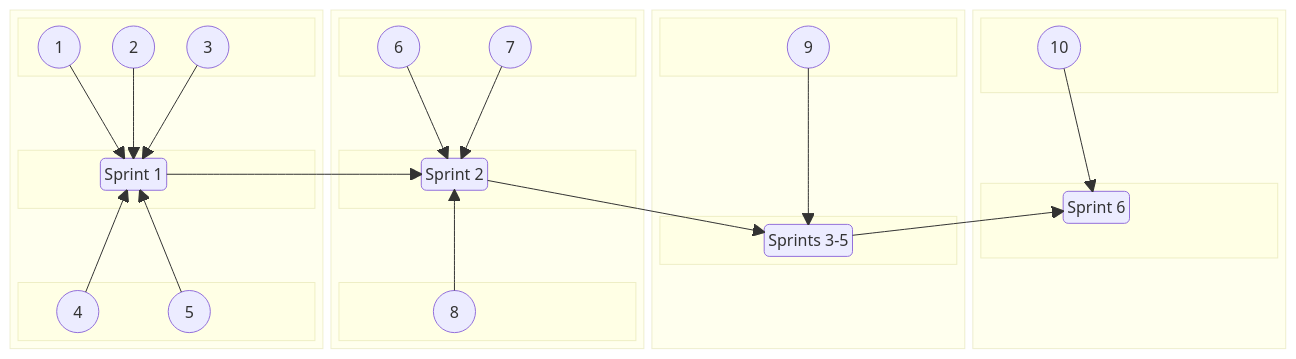
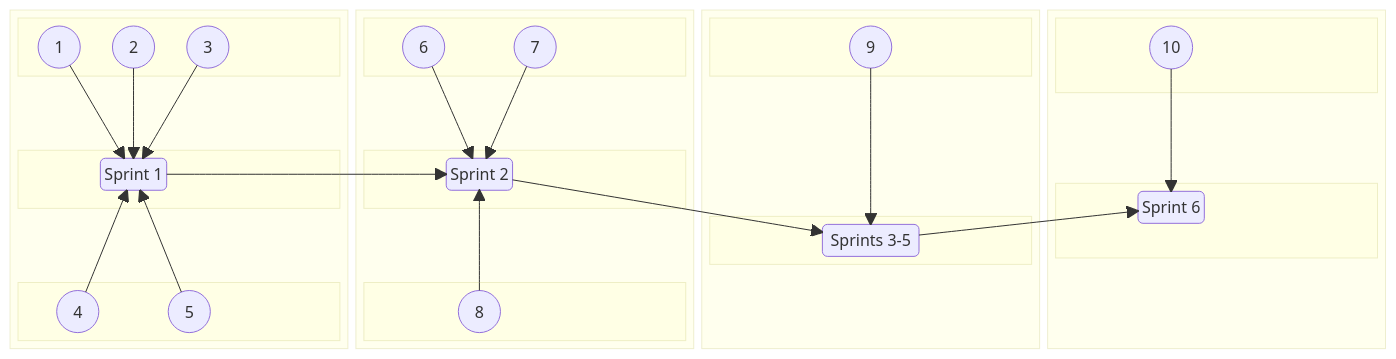
Before and after one commit to jdmedlock/mermaid_testing: the second of 2 diagrams in README.md, drawn with Mermaid.

Commit message:
Feature: Add annotations to test layout

```diff
--- a/README.md
+++ b/README.md
@@ -148,7 +148,7 @@
       block:B3CENTER
         columns 3
         space
-        SPRINTS35("Sprints 3-5")
+        SPRINTS35("&nbsp;Sprints 3-5&nbsp;")
         space
       end
       space
@@ -165,6 +165,7 @@
         columns 3
         space
         SPRINT6("Sprint 6")
+        space
       end
       space
       A10 ----> SPRINT6
```
